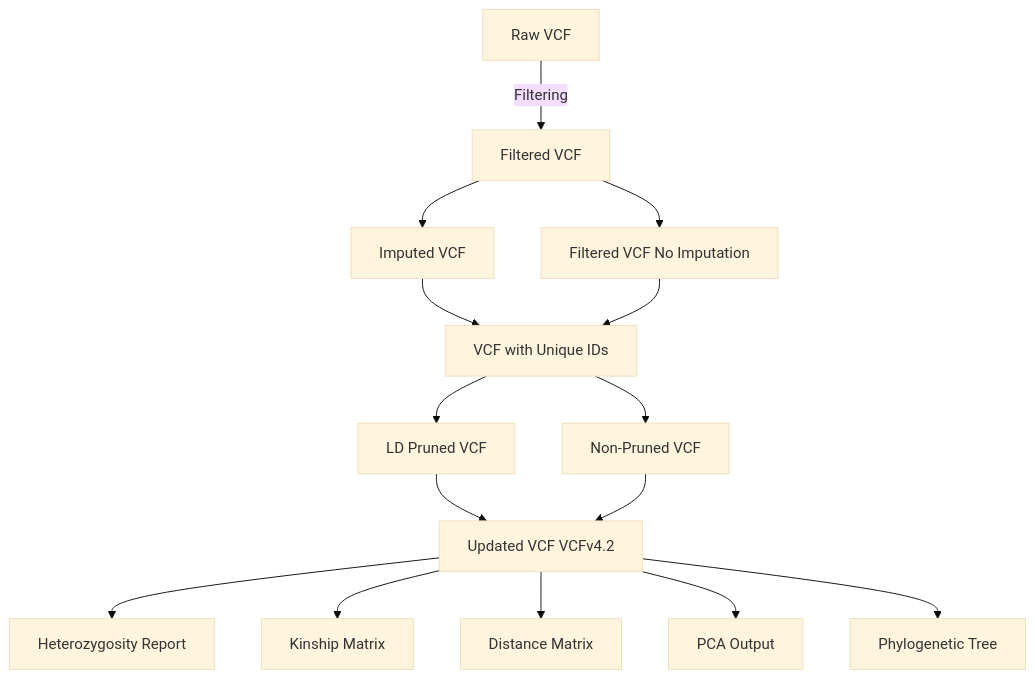
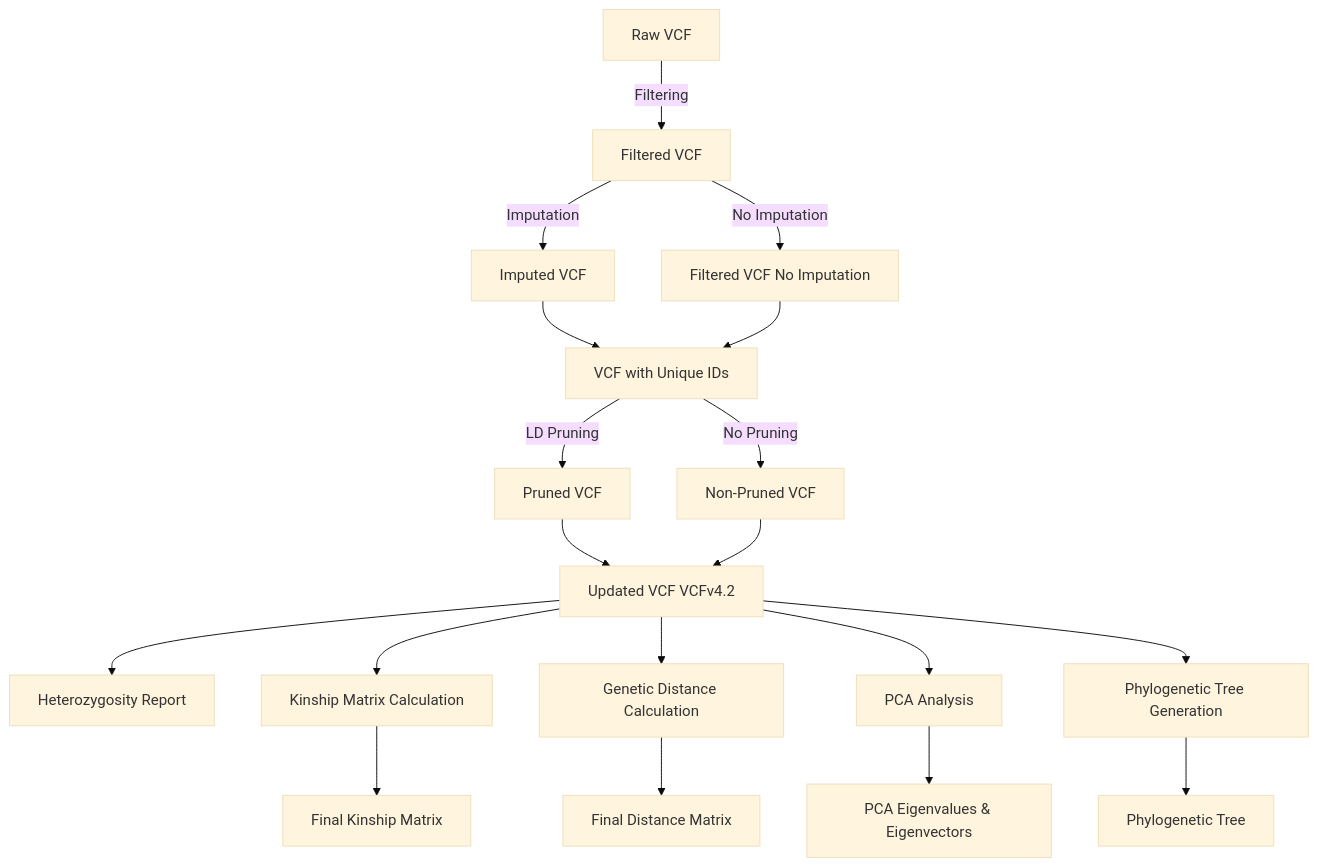
Before and after one commit to erofeeva-plastilin/VCF_POSTPROCESSING: the diagram in README.md, drawn with Mermaid (base theme).

````diff
--- a/README.md
+++ b/README.md
@@ -94,19 +94,27 @@
 ```mermaid
 graph TD;
     A[Raw VCF] -->|Filtering| B[Filtered VCF]
-    B --> C[Imputed VCF]
-    B --> D[Filtered VCF No Imputation]
+    
+    B -->|Imputation| C[Imputed VCF]
+    B -->|No Imputation| D[Filtered VCF No Imputation]
+
     C --> E[VCF with Unique IDs]
     D --> E[VCF with Unique IDs]
-    E --> F[LD Pruned VCF]
-    E --> G[Non-Pruned VCF]
-    
+
+    E -->|LD Pruning| F[Pruned VCF]
+    E -->|No Pruning| G[Non-Pruned VCF]
+
     F --> H[Updated VCF VCFv4.2]
     G --> H[Updated VCF VCFv4.2]
-    
+
     H --> I[Heterozygosity Report]
-    H --> J[Kinship Matrix]
-    H --> K[Distance Matrix]
-    H --> L[PCA Output]
-    H --> M[Phylogenetic Tree]
+    H --> J[Kinship Matrix Calculation]
+    H --> K[Genetic Distance Calculation]
+    H --> L[PCA Analysis]
+    H --> M[Phylogenetic Tree Generation]
+
+    J --> N[Final Kinship Matrix]
+    K --> O[Final Distance Matrix]
+    L --> P[PCA Eigenvalues & Eigenvectors]
+    M --> Q[Phylogenetic Tree]
 ```
````
